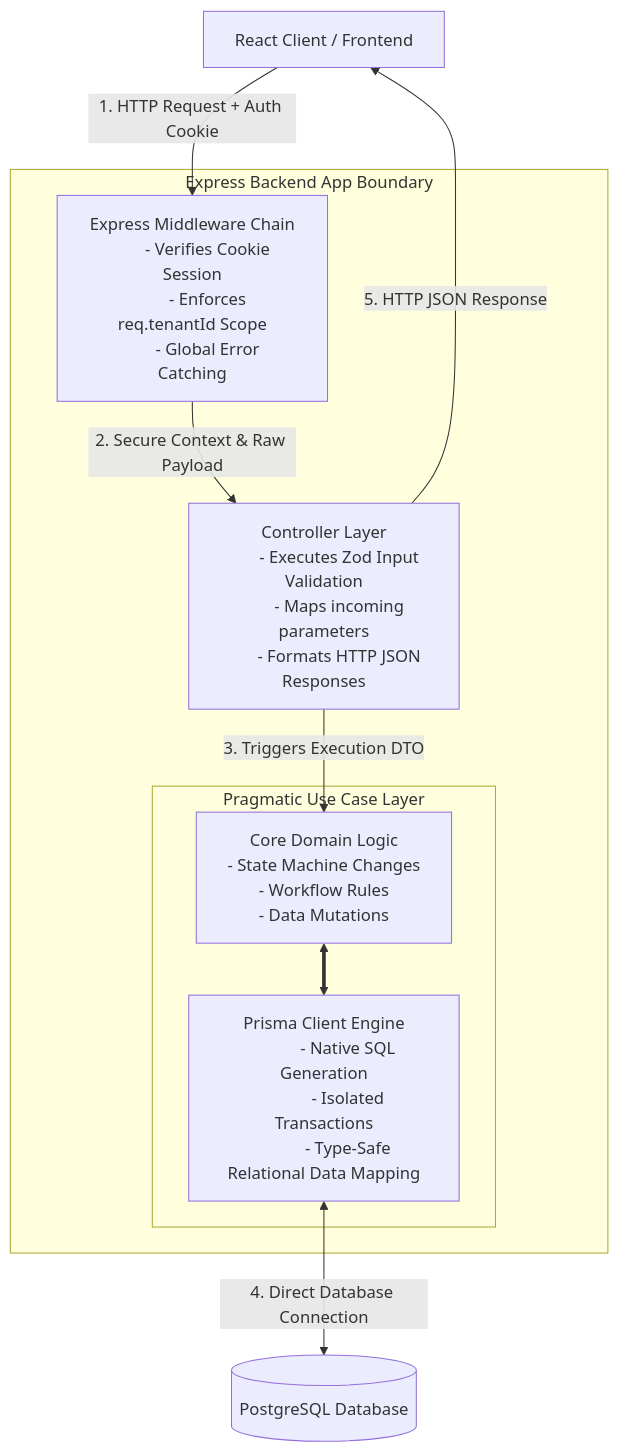
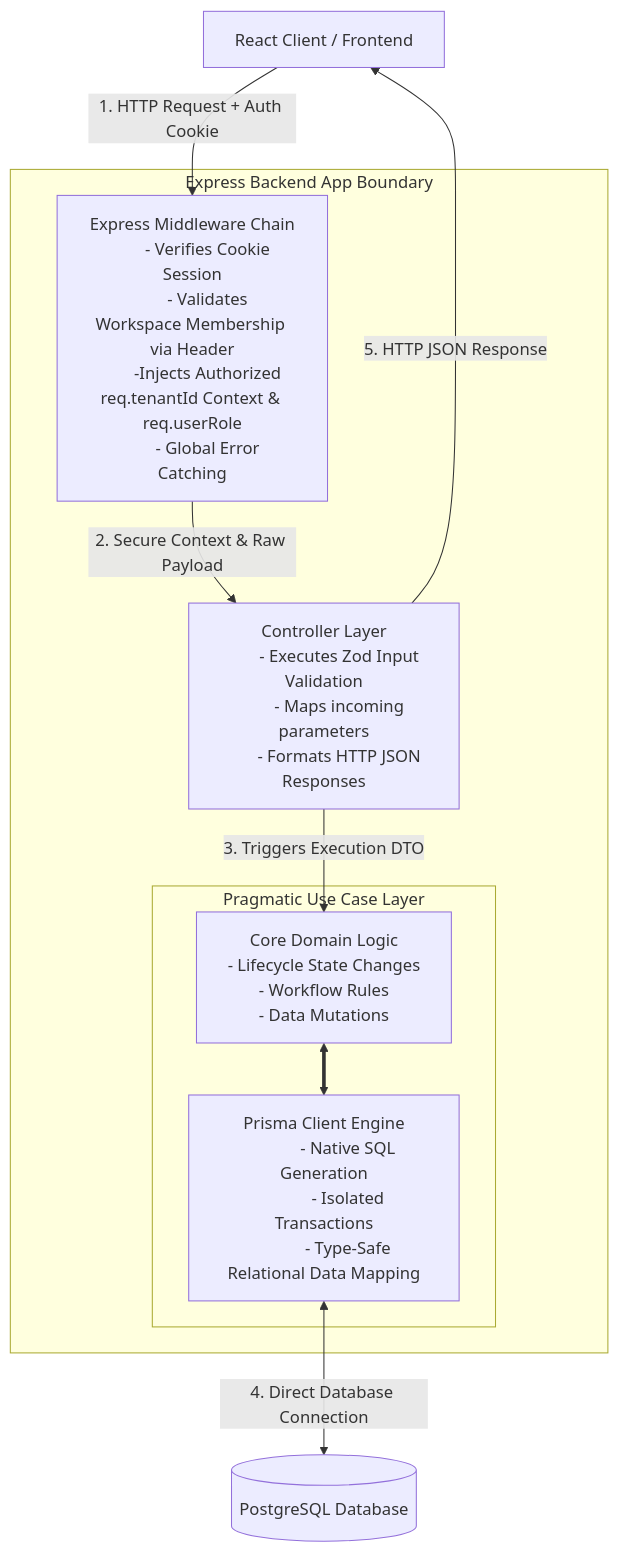
One commit to mauriciobarda/service-tenant-erp changed the first of 2 diagrams in docs/architecture.md. Above: the diagram before and after it, drawn with Mermaid. The commit also changed other lines of this file and 2 other files, not shown here.

Commit message:
docs: privot from slug-based multi-tenancy to user-first authentication

````diff
--- a/docs/architecture.md
+++ b/docs/architecture.md
@@ -14,39 +14,40 @@
 ```mermaid
 flowchart TD
     classDef layerStyle fill:#f9f9f9,stroke:#333,stroke-width:2px;
     classDef boundaryStyle stroke-dasharray: 5 5, fill:#ffffff, stroke:#666;
 
     Client[React Client / Frontend] -->|1. HTTP Request + Auth Cookie| Middleware
 
     subgraph Express_Backend [Express Backend App Boundary]
         Middleware["Express Middleware Chain
         - Verifies Cookie Session
-        - Enforces req.tenantId Scope
+        - Validates Workspace Membership via Header
+        -Injects Authorized req.tenantId Context & req.userRole
         - Global Error Catching"]
 
         Middleware -->|2. Secure Context & Raw Payload| Controller["Controller Layer
         - Executes Zod Input Validation
         - Maps incoming parameters
         - Formats HTTP JSON Responses"]
 
         %% The Unified Layer combining logic and data access via Prisma
         subgraph UseCase_Layer [Pragmatic Use Case Layer]
             DirectionalBusiness["Core Domain Logic
-            - State Machine Changes
+            - Lifecycle State Changes
             - Workflow Rules
             - Data Mutations"]
             
             PrismaEngine["Prisma Client Engine
             - Native SQL Generation
             - Isolated Transactions
             - Type-Safe Relational Data Mapping"]
             
             DirectionalBusiness <==> PrismaEngine
         end
 
         Controller -->|3. Triggers Execution DTO| DirectionalBusiness
     end
 
     PrismaEngine <-->|4. Direct Database Connection| DB[(PostgreSQL Database)]
     Controller -->|5. HTTP JSON Response| Client
 ```
````
